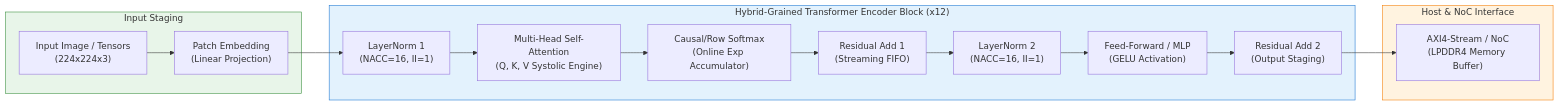
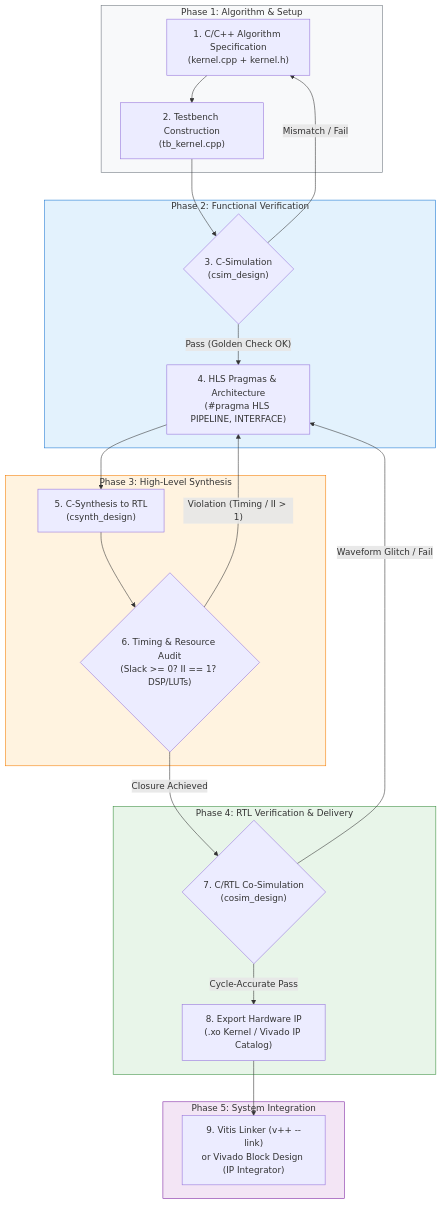
The diagram in README.md (yuan20170517/HLS_custom_block_guide_yusep2026), drawn with Mermaid before and after one commit. The commit also changed other lines of this file, not shown here.

Commit message:
docs: align repository README with HLS_Step_by_Step_Tutorial_and_Flowchart

````diff
--- a/README.md
+++ b/README.md
@@ -30,24 +46,34 @@
 ```mermaid
-flowchart LR
-    subgraph IN["Input Staging"]
-        IMG["Input Image / Tensors<br/>(224x224x3)"] --> PE["Patch Embedding<br/>(Linear Projection)"]
+flowchart TD
+    subgraph S1["Phase 1: Algorithm & Setup"]
+        A["1. C/C++ Algorithm Specification<br/>(kernel.cpp + kernel.h)"] --> B["2. Testbench Construction<br/>(tb_kernel.cpp)"]
     end
 
-    subgraph VIT["Hybrid-Grained Transformer Encoder Block (x12)"]
-        PE --> LN1["LayerNorm 1<br/>(NACC=16, II=1)"]
-        LN1 --> MHA["Multi-Head Self-Attention<br/>(Q, K, V Systolic Engine)"]
-        MHA --> SM["Causal/Row Softmax<br/>(Online Exp Accumulator)"]
-        SM --> RES1["Residual Add 1<br/>(Streaming FIFO)"]
-        RES1 --> LN2["LayerNorm 2<br/>(NACC=16, II=1)"]
-        LN2 --> MLP["Feed-Forward / MLP<br/>(GELU Activation)"]
-        MLP --> RES2["Residual Add 2<br/>(Output Staging)"]
+    subgraph S2["Phase 2: Functional Verification"]
+        B --> C{"3. C-Simulation<br/>(csim_design)"}
+        C -- "Mismatch / Fail" --> A
+        C -- "Pass (Golden Check OK)" --> D["4. HLS Pragmas & Architecture<br/>(#pragma HLS PIPELINE, INTERFACE)"]
     end
 
-    subgraph OUT["Host & NoC Interface"]
-        RES2 --> AXI["AXI4-Stream / NoC<br/>(LPDDR4 Memory Buffer)"]
+    subgraph S3["Phase 3: High-Level Synthesis"]
+        D --> E["5. C-Synthesis to RTL<br/>(csynth_design)"]
+        E --> F{"6. Timing & Resource Audit<br/>(Slack >= 0? II == 1? DSP/LUTs)"}
+        F -- "Violation (Timing / II > 1)" --> D
     end
 
-    style IN fill:#e8f5e9,stroke:#388e3c,stroke-width:1px
-    style VIT fill:#e3f2fd,stroke:#1976d2,stroke-width:1px
-    style OUT fill:#fff3e0,stroke:#f57c00,stroke-width:1px
+    subgraph S4["Phase 4: RTL Verification & Delivery"]
+        F -- "Closure Achieved" --> G{"7. C/RTL Co-Simulation<br/>(cosim_design)"}
+        G -- "Waveform Glitch / Fail" --> D
+        G -- "Cycle-Accurate Pass" --> H["8. Export Hardware IP<br/>(.xo Kernel / Vivado IP Catalog)"]
+    end
+
+    subgraph S5["Phase 5: System Integration"]
+        H --> I["9. Vitis Linker (v++ --link)<br/>or Vivado Block Design (IP Integrator)"]
+    end
+
+    style S1 fill:#f8f9fa,stroke:#6c757d,stroke-width:1px
+    style S2 fill:#e3f2fd,stroke:#1976d2,stroke-width:1px
+    style S3 fill:#fff3e0,stroke:#f57c00,stroke-width:1px
+    style S4 fill:#e8f5e9,stroke:#388e3c,stroke-width:1px
+    style S5 fill:#f3e5f5,stroke:#7b1fa2,stroke-width:1px
 ```
````
